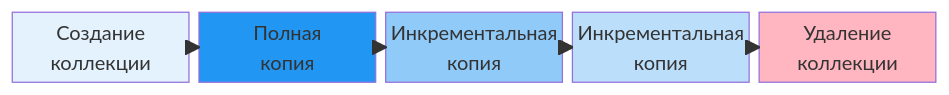
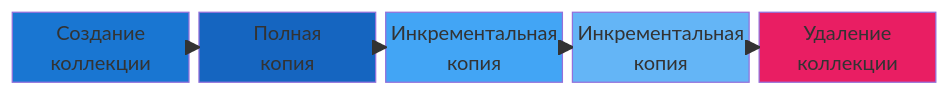
Before and after one commit to ydb-platform/ydb: the diagram in ydb/docs/ru/core/concepts/datamodel/backup-collection.md, drawn with Mermaid. The commit also changed other lines of this file and 29 other files, not shown here.

````diff
--- a/ydb/docs/ru/core/concepts/datamodel/backup-collection.md
+++ b/ydb/docs/ru/core/concepts/datamodel/backup-collection.md
@@ -47,21 +47,21 @@
 ```mermaid
 block-beta
     columns 5
 
     CREATE["Создание\nколлекции"]
     FULL["Полная\nкопия"]
     INC1["Инкрементальная\nкопия"]
     INC2["Инкрементальная\nкопия"]
     DROP["Удаление\nколлекции"]
 
     CREATE --> FULL
     FULL --> INC1
     INC1 --> INC2
     INC2 --> DROP
 
-    style CREATE fill:#E3F2FD
-    style FULL fill:#2196F3,color:#fff
-    style INC1 fill:#90CAF9
-    style INC2 fill:#BBDEFB
-    style DROP fill:#FFB6C1
+    style CREATE fill:#1976D2,color:#fff
+    style FULL fill:#1565C0,color:#fff
+    style INC1 fill:#42A5F5,color:#fff
+    style INC2 fill:#64B5F6,color:#000
+    style DROP fill:#E91E63,color:#fff
 ```
````
